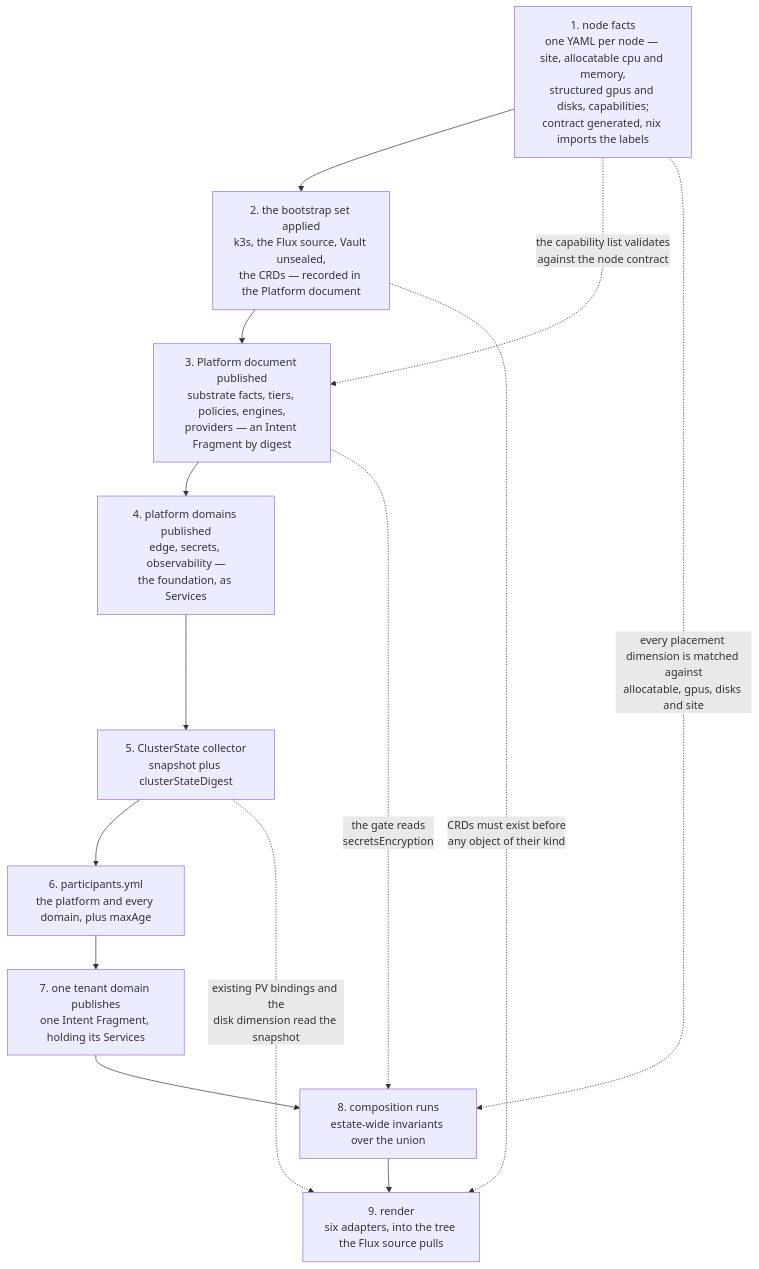
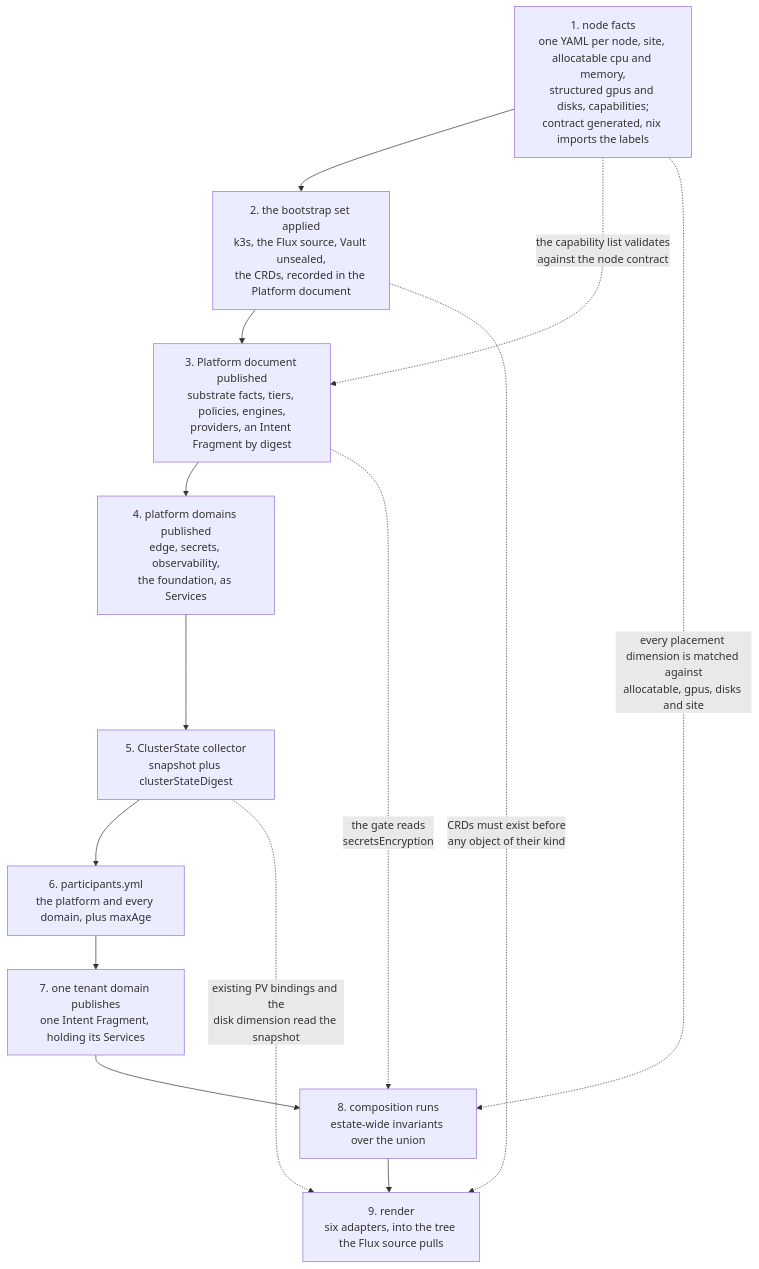
One commit to JorisJonkers-dev/deploy-kit changed the diagram in spec/v1/60-setup.md. Above: the diagram before and after it, drawn with Mermaid. The commit also changed other lines of this file and 155 other files, not shown here.

````diff
--- a/spec/v1/60-setup.md
+++ b/spec/v1/60-setup.md
@@ -539,19 +539,19 @@
 ```mermaid
 flowchart TB
-    A["1. node facts<br/>one YAML per node — site, allocatable cpu and memory,<br/>structured gpus and disks, capabilities;<br/>contract generated, nix imports the labels"]
-    B["2. the bootstrap set applied<br/>k3s, the Flux source, Vault unsealed,<br/>the CRDs — recorded in the Platform document"]
-    C["3. Platform document published<br/>substrate facts, tiers, policies, engines,<br/>providers — an Intent Fragment by digest"]
-    D["4. platform domains published<br/>edge, secrets, observability —<br/>the foundation, as Services"]
+    A["1. node facts<br/>one YAML per node, site, allocatable cpu and memory,<br/>structured gpus and disks, capabilities;<br/>contract generated, nix imports the labels"]
+    B["2. the bootstrap set applied<br/>k3s, the Flux source, Vault unsealed,<br/>the CRDs, recorded in the Platform document"]
+    C["3. Platform document published<br/>substrate facts, tiers, policies, engines,<br/>providers, an Intent Fragment by digest"]
+    D["4. platform domains published<br/>edge, secrets, observability,<br/>the foundation, as Services"]
     E["5. ClusterState collector<br/>snapshot plus clusterStateDigest"]
     F["6. participants.yml<br/>the platform and every domain, plus maxAge"]
     G["7. one tenant domain publishes<br/>one Intent Fragment, holding its Services"]
     H["8. composition runs<br/>estate-wide invariants over the union"]
     I["9. render<br/>six adapters, into the tree the Flux source pulls"]
 
     A --> B --> C --> D --> E --> F --> G --> H --> I
     A -.->|"the capability list validates<br/>against the node contract"| C
     A -.->|"every placement dimension is matched against<br/>allocatable, gpus, disks and site"| H
     B -.->|"CRDs must exist before<br/>any object of their kind"| I
     C -.->|"the gate reads<br/>secretsEncryption"| H
     E -.->|"existing PV bindings and the<br/>disk dimension read the snapshot"| I
 ```
````
